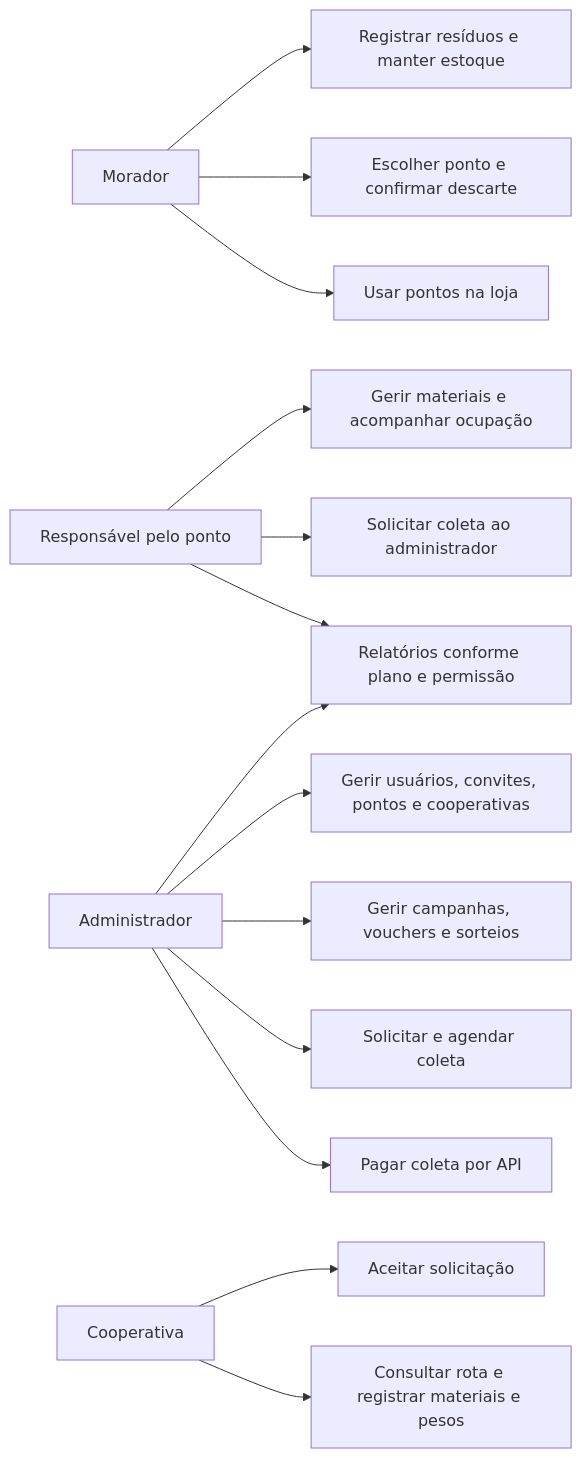
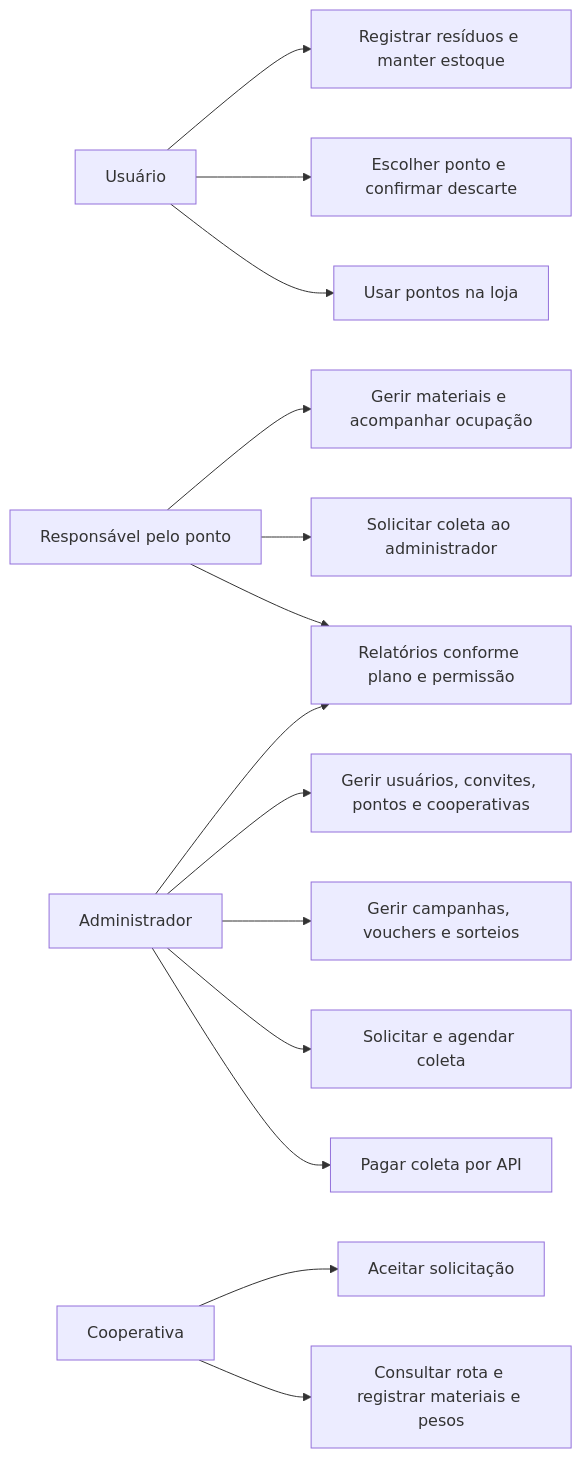
Before and after one commit to Residuum-Organization/residuum-documentacao: the first of 3 diagrams in docs/01-planejamento/requisitos/00-contexto-atores-e-fluxos.md, drawn with Mermaid. The commit also changed other lines of this file and 101 other files, not shown here.

First line of the commit message:
docs: troca "morador" por "usuário" em todos os documentos

````diff
--- a/docs/01-planejamento/requisitos/00-contexto-atores-e-fluxos.md
+++ b/docs/01-planejamento/requisitos/00-contexto-atores-e-fluxos.md
@@ -140,16 +140,16 @@
 ```mermaid
 flowchart LR
-    morador["Morador"] --> registro["Registrar resíduos e manter estoque"]
-    morador --> descarte["Escolher ponto e confirmar descarte"]
-    morador --> loja["Usar pontos na loja"]
+    usuário["Usuário"] --> registro["Registrar resíduos e manter estoque"]
+    usuário --> descarte["Escolher ponto e confirmar descarte"]
+    usuário --> loja["Usar pontos na loja"]
     responsavel["Responsável pelo ponto"] --> painelPonto["Gerir materiais e acompanhar ocupação"]
     responsavel --> pedido["Solicitar coleta ao administrador"]
     admin["Administrador"] --> cadastros["Gerir usuários, convites, pontos e cooperativas"]
     admin --> lojaAdmin["Gerir campanhas, vouchers e sorteios"]
     admin --> solicitar["Solicitar e agendar coleta"]
     admin --> pagar["Pagar coleta por API"]
     cooperativa["Cooperativa"] --> aceitar["Aceitar solicitação"]
     cooperativa --> executar["Consultar rota e registrar materiais e pesos"]
     responsavel --> relatorios["Relatórios conforme plano e permissão"]
     admin --> relatorios
 ```
````
